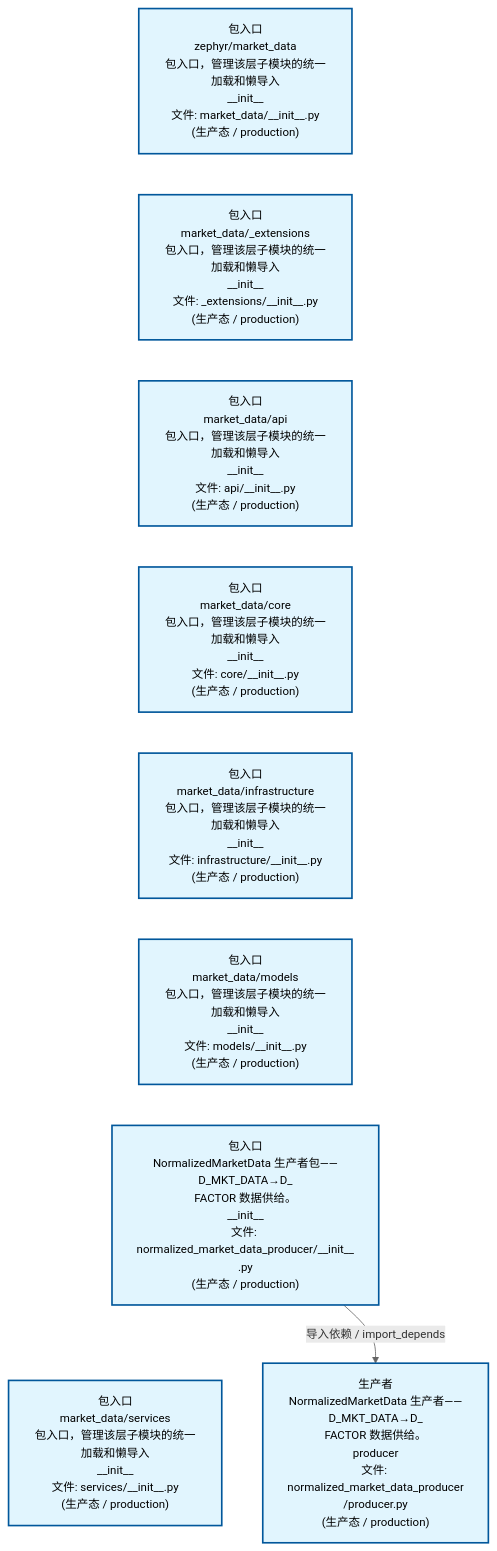
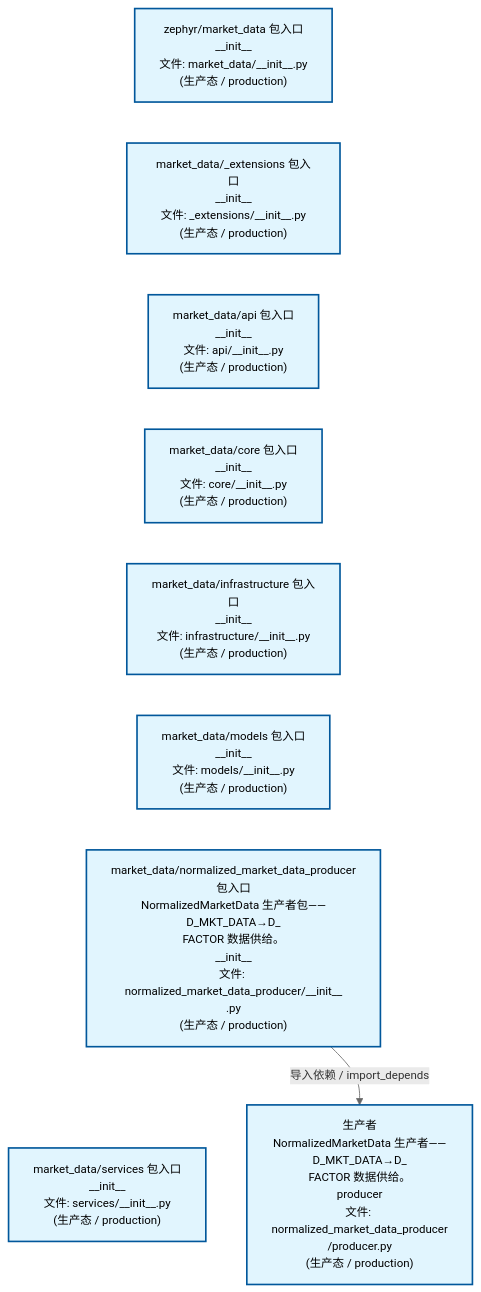
Before and after one commit to xuanFelixVan/ZephyrAlpha: the second of 4 diagrams in docs/02_enterprise_architecture/02_domain_architecture_docs/23_d_mkt_data.md, drawn with Mermaid. The commit also changed other lines of this file and 61 other files, not shown here.

````diff
--- a/docs/02_enterprise_architecture/02_domain_architecture_docs/23_d_mkt_data.md
+++ b/docs/02_enterprise_architecture/02_domain_architecture_docs/23_d_mkt_data.md
@@ -112,26 +112,26 @@
 ```mermaid
 %%{init: {'theme': 'base', 'themeVariables': {'primaryColor': '#eaeaea', 'primaryTextColor': '#333333', 'primaryBorderColor': '#666666', 'lineColor': '#666666', 'secondaryColor': '#eaeaea', 'tertiaryColor': '#eaeaea', 'fontSize': '14px'}}}%%
 flowchart TD
-    src_zephyr_market_data_init_py["包入口<br/>zephyr/market_data<br/>包入口，管理该层子模块的统一加载和懒导入<br/>__init__<br/>文件: market_data/__init__.py<br/>(生产态 / production)"]
-    src_zephyr_market_data_extensions_init_py["包入口<br/>market_data/_extensions<br/>包入口，管理该层子模块的统一加载和懒导入<br/>__init__<br/>文件: _extensions/__init__.py<br/>(生产态 / production)"]
-    src_zephyr_market_data_api_init_py["包入口<br/>market_data/api<br/>包入口，管理该层子模块的统一加载和懒导入<br/>__init__<br/>文件: api/__init__.py<br/>(生产态 / production)"]
-    src_zephyr_market_data_core_init_py["包入口<br/>market_data/core<br/>包入口，管理该层子模块的统一加载和懒导入<br/>__init__<br/>文件: core/__init__.py<br/>(生产态 / production)"]
-    src_zephyr_market_data_infrastructure_init_py["包入口<br/>market_data/infrastructure<br/>包入口，管理该层子模块的统一加载和懒导入<br/>__init__<br/>文件: infrastructure/__init__.py<br/>(生产态 / production)"]
-    src_zephyr_market_data_models_init_py["包入口<br/>market_data/models<br/>包入口，管理该层子模块的统一加载和懒导入<br/>__init__<br/>文件: models/__init__.py<br/>(生产态 / production)"]
-    src_zephyr_market_data_normalized_market_data_producer_init_py["包入口<br/>NormalizedMarketData 生产者包——D_MKT_DATA→D_<br/>FACTOR 数据供给。<br/>__init__<br/>文件: normalized_market_data_producer/__init__<br/>.py<br/>(生产态 / production)"]
-    src_zephyr_market_data_services_init_py["包入口<br/>market_data/services<br/>包入口，管理该层子模块的统一加载和懒导入<br/>__init__<br/>文件: services/__init__.py<br/>(生产态 / production)"]
+    src_zephyr_market_data_init_py["zephyr/market_data 包入口<br/>__init__<br/>文件: market_data/__init__.py<br/>(生产态 / production)"]
+    src_zephyr_market_data_extensions_init_py["market_data/_extensions 包入口<br/>__init__<br/>文件: _extensions/__init__.py<br/>(生产态 / production)"]
+    src_zephyr_market_data_api_init_py["market_data/api 包入口<br/>__init__<br/>文件: api/__init__.py<br/>(生产态 / production)"]
+    src_zephyr_market_data_core_init_py["market_data/core 包入口<br/>__init__<br/>文件: core/__init__.py<br/>(生产态 / production)"]
+    src_zephyr_market_data_infrastructure_init_py["market_data/infrastructure 包入口<br/>__init__<br/>文件: infrastructure/__init__.py<br/>(生产态 / production)"]
+    src_zephyr_market_data_models_init_py["market_data/models 包入口<br/>__init__<br/>文件: models/__init__.py<br/>(生产态 / production)"]
+    src_zephyr_market_data_normalized_market_data_producer_init_py["market_data/normalized_market_data_producer<br/>包入口<br/>NormalizedMarketData 生产者包——D_MKT_DATA→D_<br/>FACTOR 数据供给。<br/>__init__<br/>文件: normalized_market_data_producer/__init__<br/>.py<br/>(生产态 / production)"]
+    src_zephyr_market_data_services_init_py["market_data/services 包入口<br/>__init__<br/>文件: services/__init__.py<br/>(生产态 / production)"]
     src_zephyr_market_data_init_py ~~~ src_zephyr_market_data_extensions_init_py
     src_zephyr_market_data_extensions_init_py ~~~ src_zephyr_market_data_api_init_py
     src_zephyr_market_data_api_init_py ~~~ src_zephyr_market_data_core_init_py
     src_zephyr_market_data_core_init_py ~~~ src_zephyr_market_data_infrastructure_init_py
     src_zephyr_market_data_infrastructure_init_py ~~~ src_zephyr_market_data_models_init_py
     src_zephyr_market_data_models_init_py ~~~ src_zephyr_market_data_normalized_market_data_producer_init_py
     src_zephyr_market_data_normalized_market_data_producer_init_py ~~~ src_zephyr_market_data_services_init_py
     src_zephyr_market_data_normalized_market_data_producer_producer_py["生产者<br/>NormalizedMarketData 生产者——D_MKT_DATA→D_<br/>FACTOR 数据供给。<br/>producer<br/>文件: normalized_market_data_producer<br/>/producer.py<br/>(生产态 / production)"]
     src_zephyr_market_data_normalized_market_data_producer_init_py -->|导入依赖 / import_depends| src_zephyr_market_data_normalized_market_data_producer_producer_py
     classDef production fill:#e1f5fe,stroke:#01579b,stroke-width:2px,color:#000
     classDef design fill:#fff3e0,stroke:#e65100,stroke-width:2px,color:#000,stroke-dasharray: 5 5
     classDef external_prod fill:#e8f4fd,stroke:#0277bd,stroke-width:1px,color:#000
     classDef external_design fill:#fff8e7,stroke:#ef6c00,stroke-width:1px,color:#000,stroke-dasharray: 5 5
     class src_zephyr_market_data_init_py,src_zephyr_market_data_extensions_init_py,src_zephyr_market_data_api_init_py,src_zephyr_market_data_core_init_py,src_zephyr_market_data_infrastructure_init_py,src_zephyr_market_data_models_init_py,src_zephyr_market_data_normalized_market_data_producer_init_py,src_zephyr_market_data_normalized_market_data_producer_producer_py,src_zephyr_market_data_services_init_py production
 ```
````
